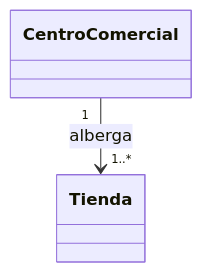
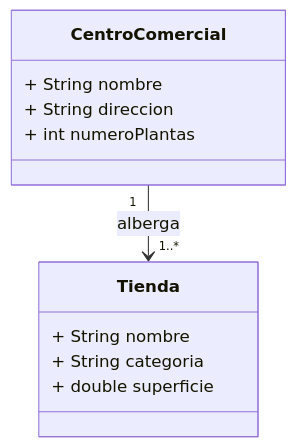
Before and after one commit to moronlopezalvaro/6.2.Bateria-de-ejercicios: the fourth of 6 diagrams in README.md, drawn with Mermaid. The commit also changed other lines of this file, not shown here.

````diff
--- a/README.md
+++ b/README.md
@@ -46,7 +58,16 @@
 ```mermaid
 classDiagram
-    class CentroComercial
-    class Tienda
+    class CentroComercial {
+        + String nombre
+        + String direccion
+        + int numeroPlantas
+    }
+
+    class Tienda {
+        + String nombre
+        + String categoria
+        + double superficie
+    }
 
     CentroComercial "1" --> "1..*" Tienda : alberga
 ```
````
